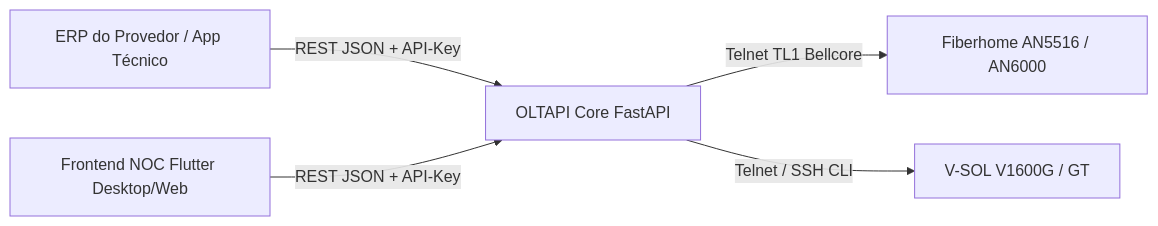
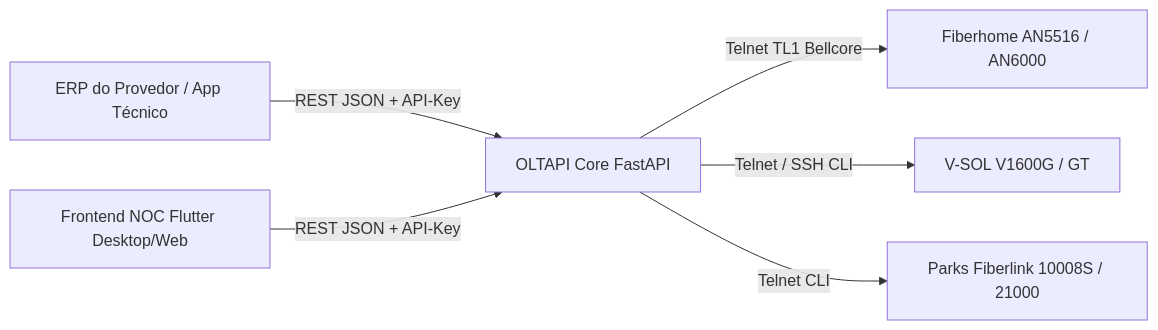
The diagram in docs/index.md (RuyXingubit/oltapi), drawn with Mermaid before and after one commit. The commit also changed other lines of this file and 15 other files, not shown here.

Commit message:
feat(drivers): homologate Parks Fiberlink series with full lifecycle, optical telemetry and compliance tests

````diff
--- a/docs/index.md
+++ b/docs/index.md
@@ -13,7 +13,8 @@
 ```mermaid
 graph LR
     ERP[ERP do Provedor / App Técnico] -->|REST JSON + API-Key| API[OLTAPI Core FastAPI]
     NOC[Frontend NOC Flutter Desktop/Web] -->|REST JSON + API-Key| API
     API -->|Telnet TL1 Bellcore| FH[Fiberhome AN5516 / AN6000]
     API -->|Telnet / SSH CLI| VS[V-SOL V1600G / GT]
+    API -->|Telnet CLI| PK[Parks Fiberlink 10008S / 21000]
 ```
````
